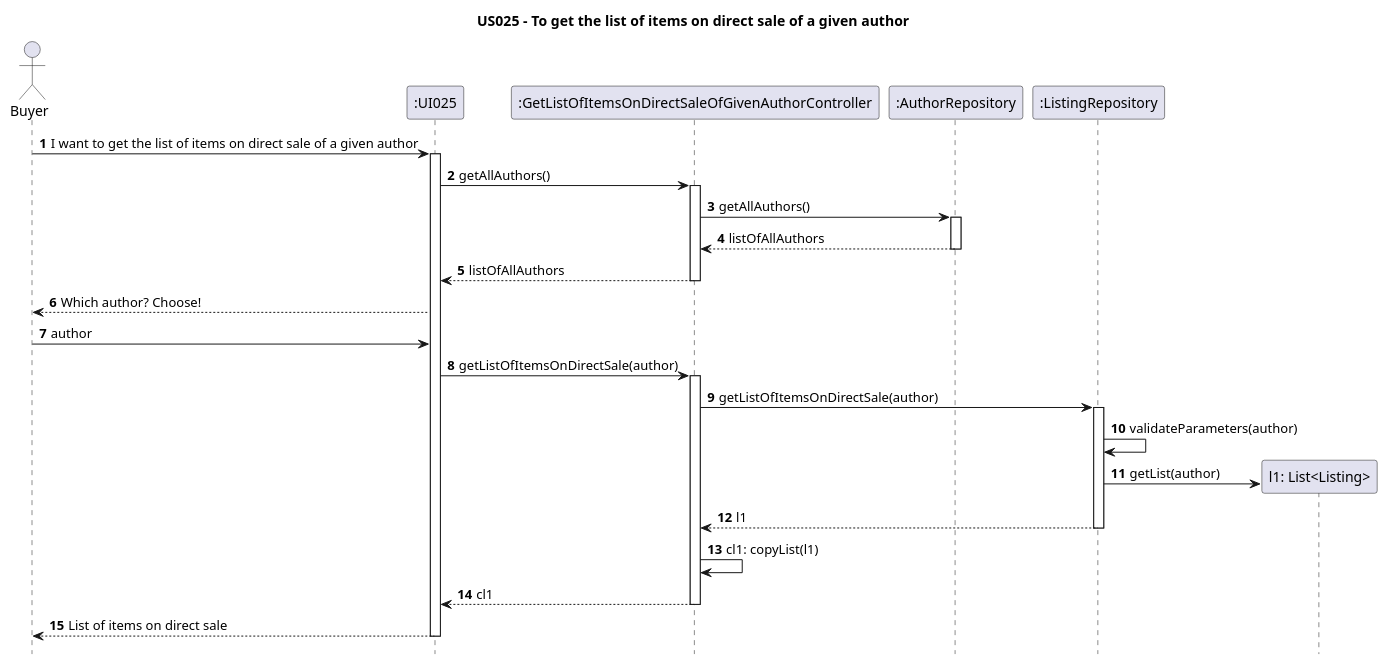
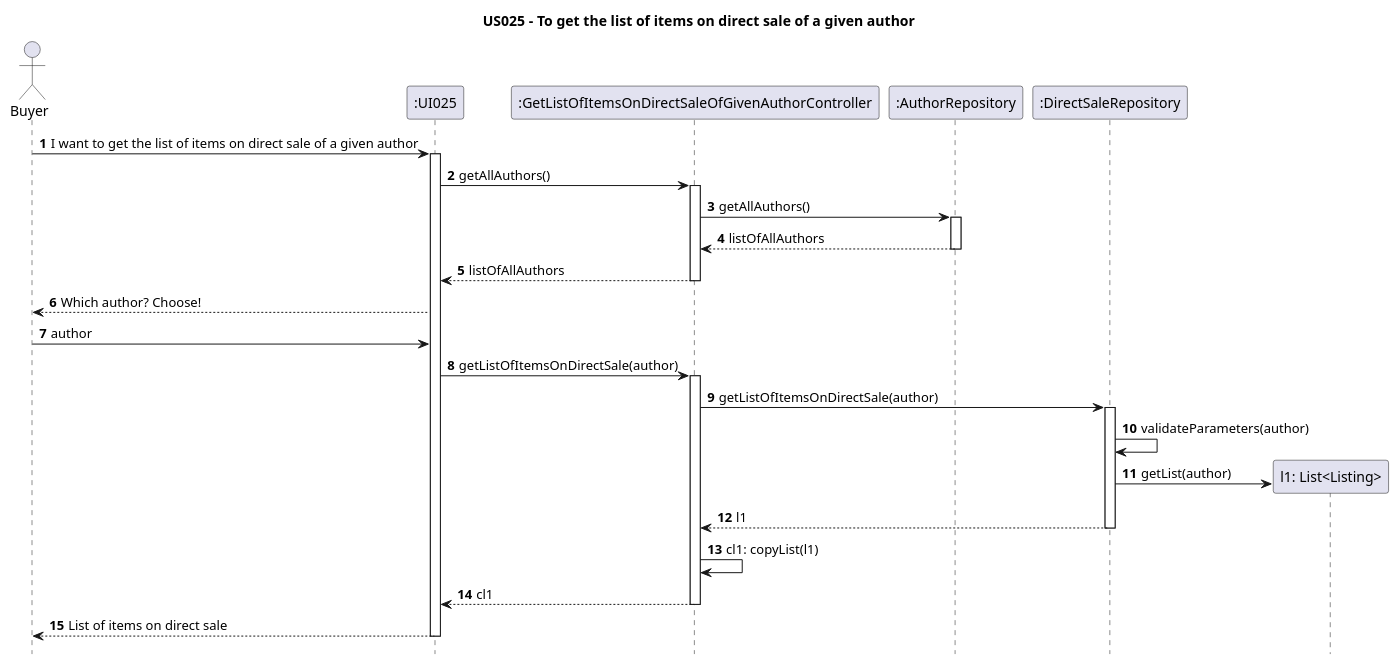
One commit to AndrePereiraGitH/SWitCH-Project-Team_A changed the diagram in Diagrams/SequenceDiagrams/N2/US025-to-get-the-list-of-items-on-direct-sale-of-a-given-author.puml. Above: the diagram before and after it, drawn with PlantUML. The commit also changed 3 other files, not shown here.

```diff
--- a/Diagrams/SequenceDiagrams/N2/US025-to-get-the-list-of-items-on-direct-sale-of-a-given-author.puml
+++ b/Diagrams/SequenceDiagrams/N2/US025-to-get-the-list-of-items-on-direct-sale-of-a-given-author.puml
@@ -1,52 +1,52 @@
 @startuml
 
 hide footbox
 autonumber
 title US025 - To get the list of items on direct sale of a given author
 
 actor Buyer
 participant ":UI025" as UI025
 
 participant ":GetListOfItemsOnDirectSaleOfGivenAuthorController" as GetListOfItemsOnDirectSaleOfGivenAuthorController
 
 participant ":AuthorRepository" as AuthorRepository
 
-participant ":ListingRepository" as ListingRepository
+participant ":DirectSaleRepository" as DirectSaleRepository
 
 Buyer -> UI025 : I want to get the list of items on direct sale of a given author
 activate UI025
 UI025 -> GetListOfItemsOnDirectSaleOfGivenAuthorController : getAllAuthors()
 activate GetListOfItemsOnDirectSaleOfGivenAuthorController
 GetListOfItemsOnDirectSaleOfGivenAuthorController -> AuthorRepository: getAllAuthors()
 activate AuthorRepository
 AuthorRepository --> GetListOfItemsOnDirectSaleOfGivenAuthorController: listOfAllAuthors
 deactivate AuthorRepository
 GetListOfItemsOnDirectSaleOfGivenAuthorController --> UI025 : listOfAllAuthors
 deactivate GetListOfItemsOnDirectSaleOfGivenAuthorController
 Buyer <-- UI025 : Which author? Choose!
 Buyer -> UI025 : author
 
 UI025 -> GetListOfItemsOnDirectSaleOfGivenAuthorController : getListOfItemsOnDirectSale(author)
 activate GetListOfItemsOnDirectSaleOfGivenAuthorController
 
-GetListOfItemsOnDirectSaleOfGivenAuthorController -> ListingRepository : getListOfItemsOnDirectSale(author)
-activate ListingRepository
+GetListOfItemsOnDirectSaleOfGivenAuthorController -> DirectSaleRepository : getListOfItemsOnDirectSale(author)
+activate DirectSaleRepository
 
 
-ListingRepository -> ListingRepository : validateParameters(author)
+DirectSaleRepository -> DirectSaleRepository : validateParameters(author)
 
 create "l1: List<Listing>" as Listing
-ListingRepository -> Listing : getList(author)
+DirectSaleRepository -> Listing : getList(author)
 
-ListingRepository --> GetListOfItemsOnDirectSaleOfGivenAuthorController : l1
-deactivate ListingRepository
+DirectSaleRepository --> GetListOfItemsOnDirectSaleOfGivenAuthorController : l1
+deactivate DirectSaleRepository
 
 GetListOfItemsOnDirectSaleOfGivenAuthorController -> GetListOfItemsOnDirectSaleOfGivenAuthorController : cl1: copyList(l1)
 
 GetListOfItemsOnDirectSaleOfGivenAuthorController --> UI025 : cl1
 deactivate GetListOfItemsOnDirectSaleOfGivenAuthorController
 
 UI025 --> Buyer : List of items on direct sale
 deactivate UI025
 
 @enduml
```
